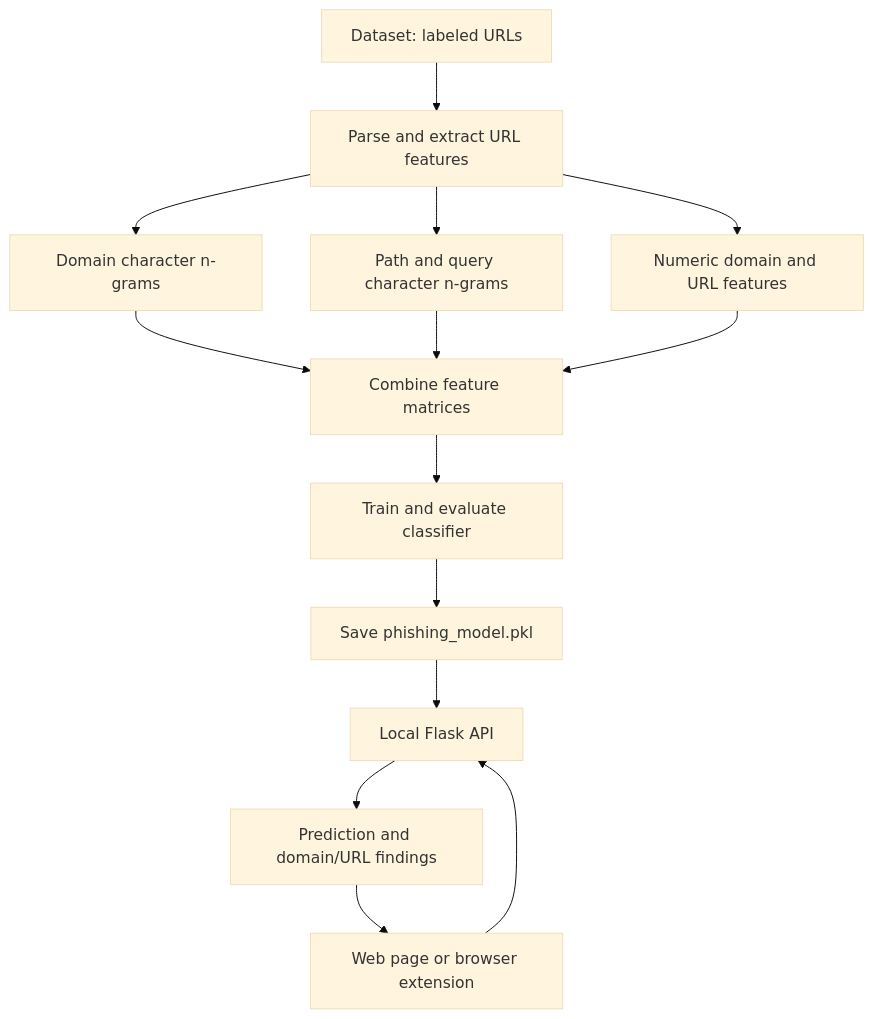
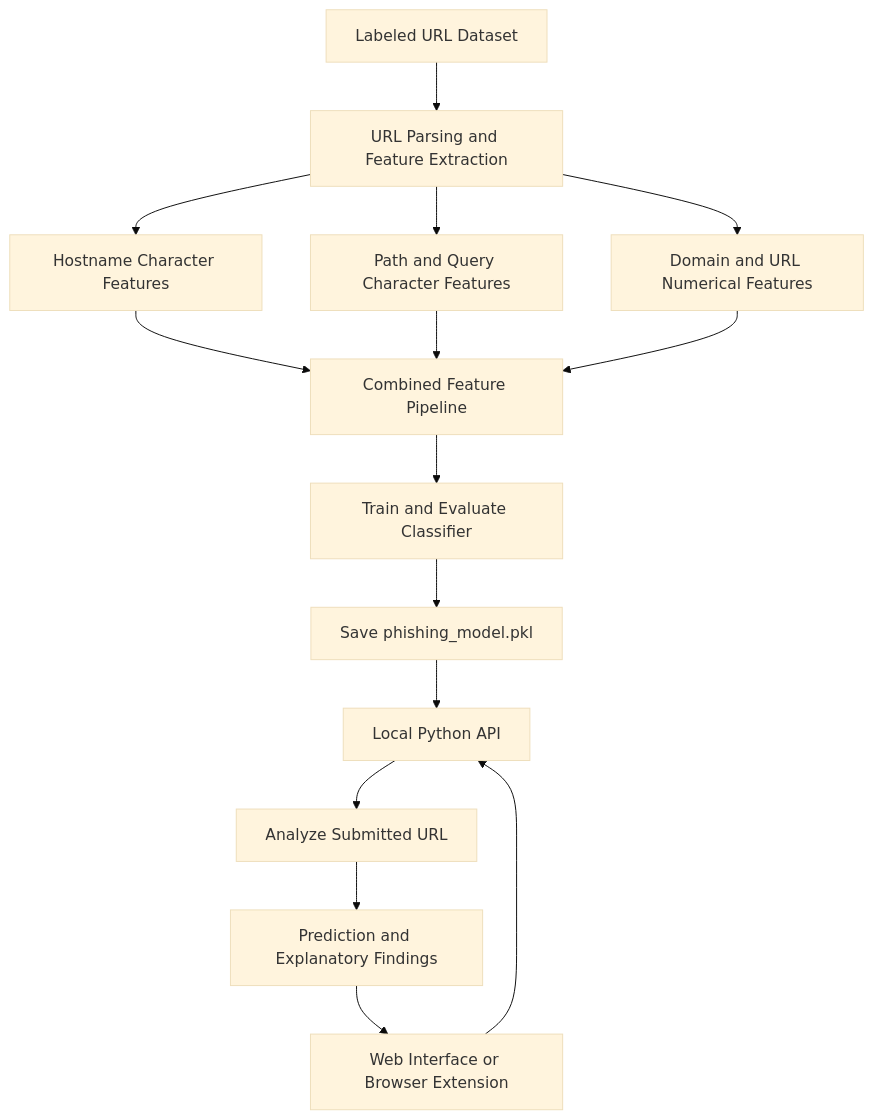
One commit to geoffabramvicera/PhishGuard-Domain-Aware-Phishing-Detector changed the diagram in README.md. Above: the diagram before and after it, drawn with Mermaid (base theme). The commit also changed other lines of this file and 4 other files, not shown here.

````diff
--- a/README.md
+++ b/README.md
@@ -36,16 +64,18 @@
 ```mermaid
 flowchart TD
-    A[Dataset: labeled URLs] --> B[Parse and extract URL features]
-    B --> C[Domain character n-grams]
-    B --> D[Path and query character n-grams]
-    B --> E[Numeric domain and URL features]
-    C --> F[Combine feature matrices]
+    A[Labeled URL Dataset] --> B[URL Parsing and Feature Extraction]
+    B --> C[Hostname Character Features]
+    B --> D[Path and Query Character Features]
+    B --> E[Domain and URL Numerical Features]
+    C --> F[Combined Feature Pipeline]
     D --> F
     E --> F
-    F --> G[Train and evaluate classifier]
+    F --> G[Train and Evaluate Classifier]
     G --> H[Save phishing_model.pkl]
-    I[Web page or browser extension] --> J[Local Flask API]
+
+    I[Web Interface or Browser Extension] --> J[Local Python API]
     H --> J
-    J --> K[Prediction and domain/URL findings]
-    K --> I
+    J --> K[Analyze Submitted URL]
+    K --> L[Prediction and Explanatory Findings]
+    L --> I
 ```
````
